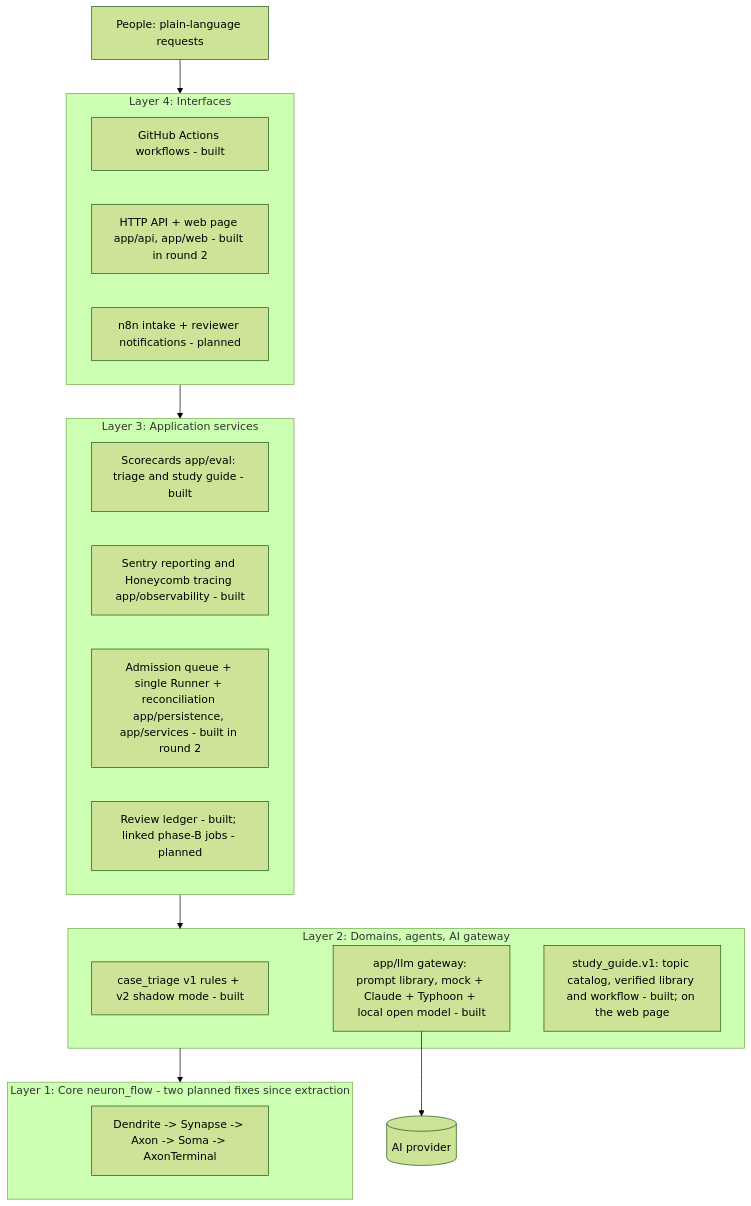
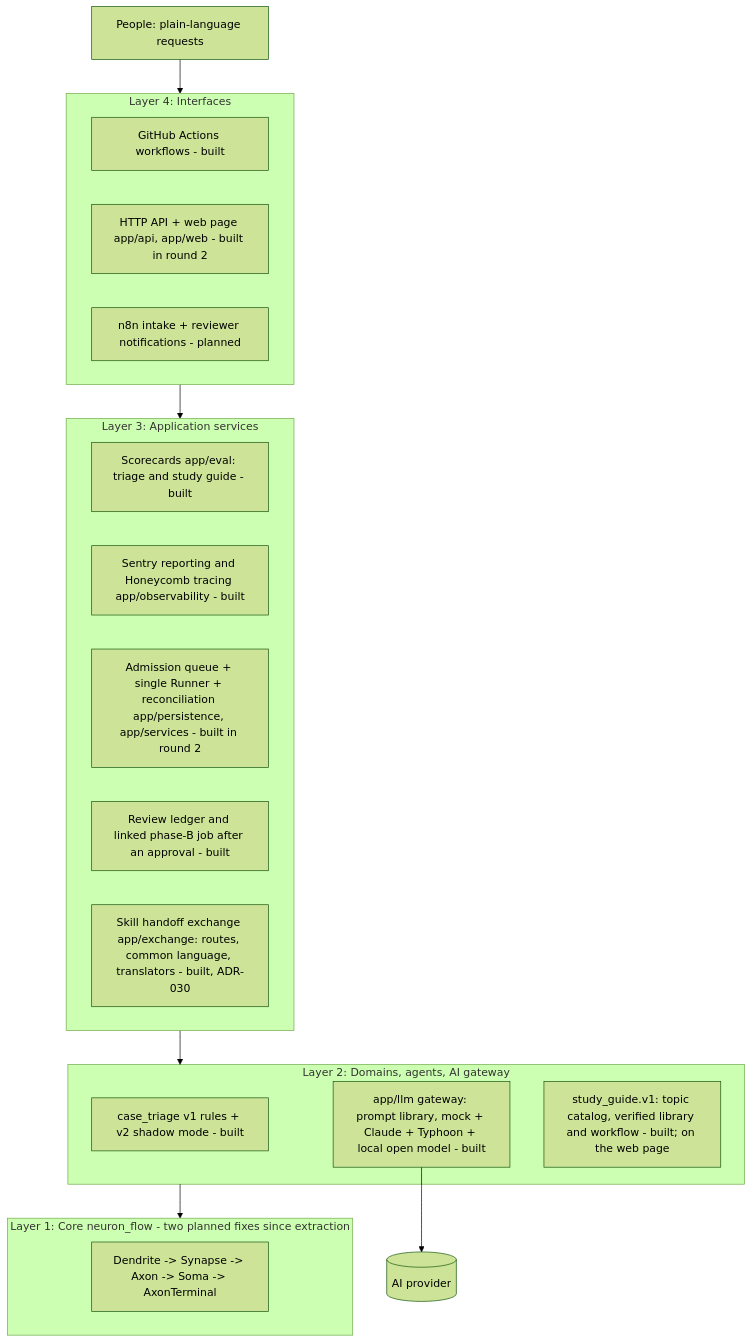
The diagram in docs/architecture.md (narongdetpyou-ux/System_Neuron_flow_AI), drawn with Mermaid (forest theme) before and after one commit. The commit also changed other lines of this file and 11 other files, not shown here.

First line of the commit message:
Document the skill handoff, pause the study guide, record E2's merge

````diff
--- a/docs/architecture.md
+++ b/docs/architecture.md
@@ -24,25 +24,26 @@
 ```mermaid
 flowchart TD
     U[People: plain-language requests] --> L4
     subgraph L4[Layer 4: Interfaces]
       GH[GitHub Actions workflows - built]
       API[HTTP API + web page app/api, app/web - built in round 2]
       N8N[n8n intake + reviewer notifications - planned]
     end
     subgraph L3[Layer 3: Application services]
       EV[Scorecards app/eval: triage and study guide - built]
       OBS[Sentry reporting and Honeycomb tracing app/observability - built]
       Q[Admission queue + single Runner + reconciliation app/persistence, app/services - built in round 2]
-      REV[Review ledger - built; linked phase-B jobs - planned]
+      REV[Review ledger and linked phase-B job after an approval - built]
+      EX[Skill handoff exchange app/exchange: routes, common language, translators - built, ADR-030]
     end
     subgraph L2[Layer 2: Domains, agents, AI gateway]
       TRI[case_triage v1 rules + v2 shadow mode - built]
       LLM[app/llm gateway: prompt library, mock + Claude + Typhoon + local open model - built]
       SG[study_guide.v1: topic catalog, verified library and workflow - built; on the web page]
     end
     subgraph L1[Layer 1: Core neuron_flow - two planned fixes since extraction]
       CORE[Dendrite -> Synapse -> Axon -> Soma -> AxonTerminal]
     end
     L4 --> L3 --> L2 --> L1
     LLM --> P[(AI provider)]
 ```
````
